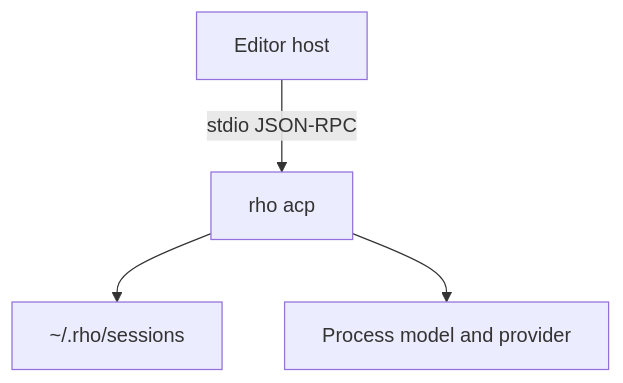
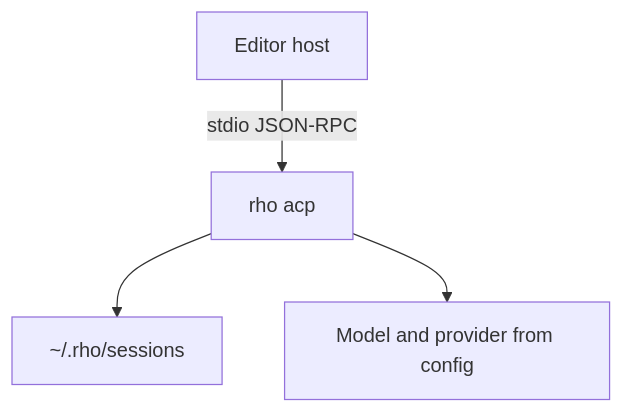
Before and after one commit to matthewyjiang/rho: the diagram in docs/integrations/acp.md, drawn with Mermaid. The commit also changed other lines of this file and 10 other files, not shown here.

````diff
--- a/docs/integrations/acp.md
+++ b/docs/integrations/acp.md
@@ -7,6 +7,6 @@
 ```mermaid
 flowchart TD
     host[Editor host] -->|stdio JSON-RPC| acp["rho acp"]
     acp --> store["~/.rho/sessions"]
-    acp --> model[Process model and provider]
+    acp --> model[Model and provider from config]
 ```
````
